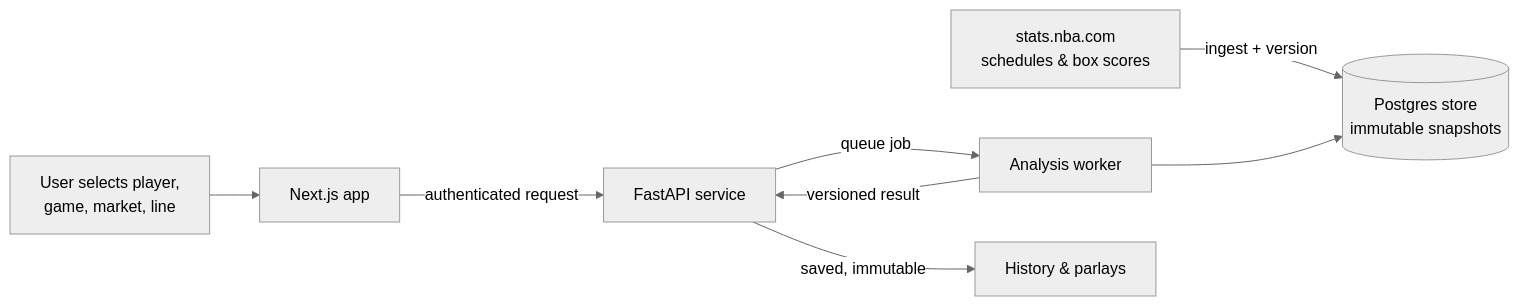
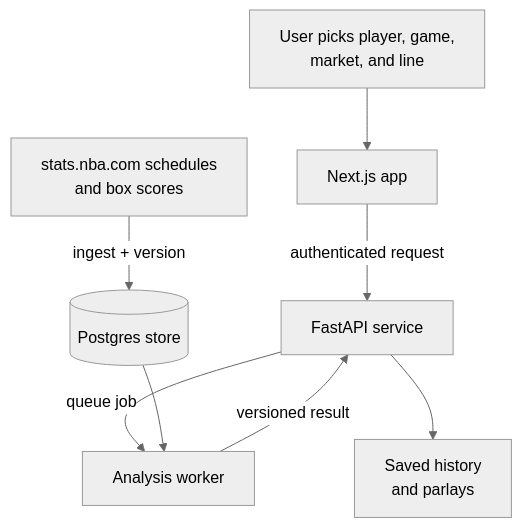
Before and after one commit to DavisHiggins/Contender: the diagram in README.md, drawn with Mermaid (neutral theme).

Commit message:
docs: switch architecture diagram to vertical layout for mobile legibility

````diff
--- a/README.md
+++ b/README.md
@@ -48,10 +48,10 @@
 ```mermaid
-flowchart LR
-    A[stats.nba.com<br/>schedules & box scores] -->|ingest + version| B[(Postgres store<br/>immutable snapshots)]
-    U[User selects player,<br/>game, market, line] --> W[Next.js app]
+flowchart TB
+    U[User picks player, game,<br/>market, and line] --> W[Next.js app]
     W -->|authenticated request| API[FastAPI service]
     API -->|queue job| J[Analysis worker]
-    J --> B
+    A[stats.nba.com schedules<br/>and box scores] -->|ingest + version| B[(Postgres store)]
+    B --> J
     J -->|versioned result| API
-    API -->|saved, immutable| H[History & parlays]
+    API --> H[Saved history<br/>and parlays]
 ```
````
